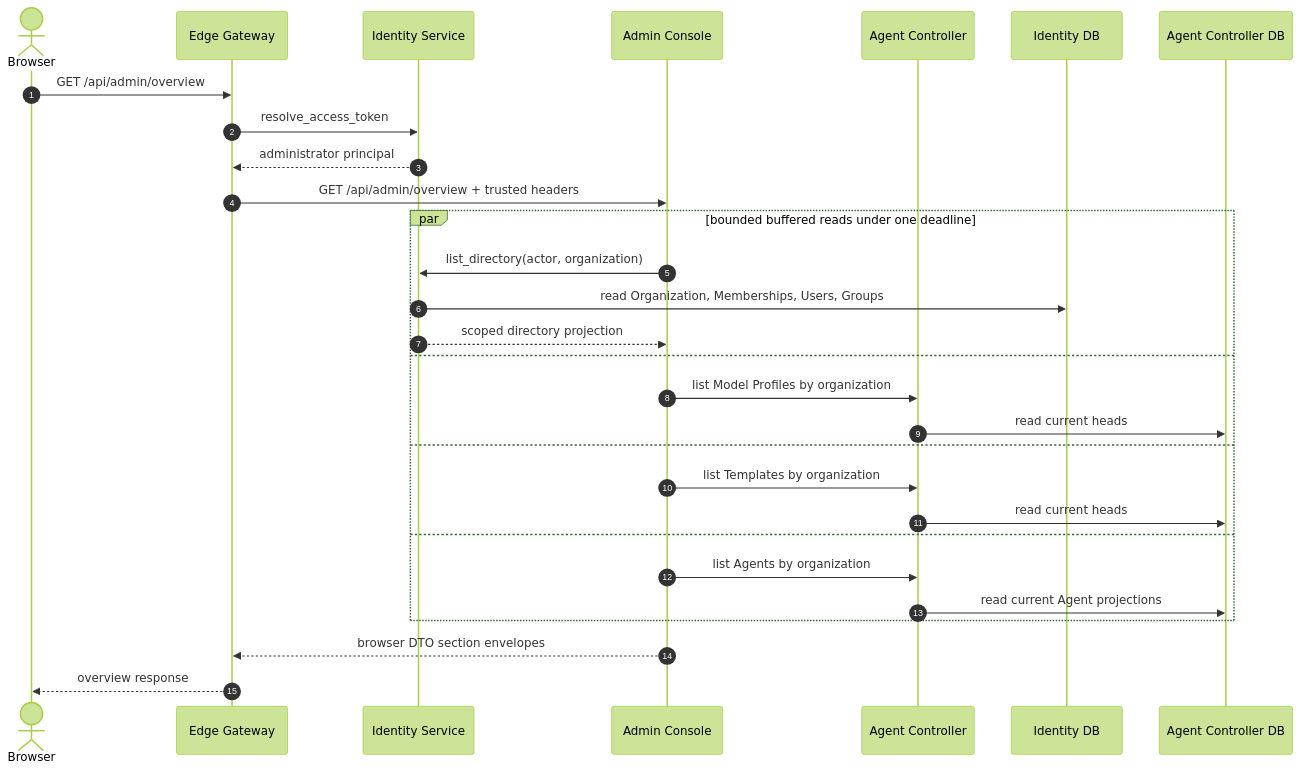
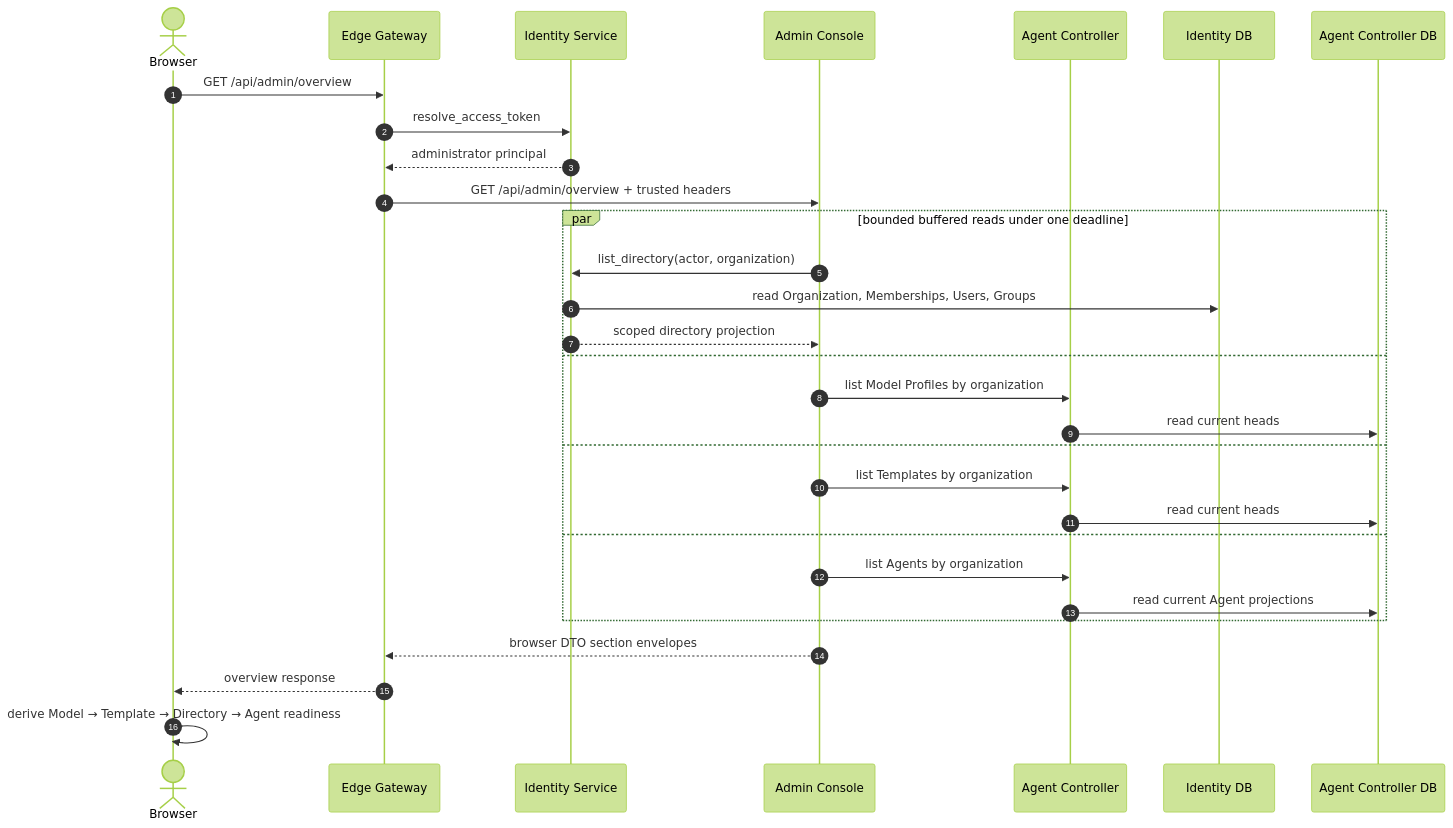
The third of 19 diagrams in docs/business-sequences.md (tf4fun/antnest-platform), drawn with Mermaid (forest theme) before and after one commit. The commit also changed other lines of this file and 170 other files, not shown here.

````diff
--- a/docs/business-sequences.md
+++ b/docs/business-sequences.md
@@ -228,32 +243,33 @@
 ```mermaid
 sequenceDiagram
     autonumber
     actor Browser
     participant Edge as Edge Gateway
     participant Identity as Identity Service
     participant Admin as Admin Console
     participant AC as Agent Controller
     participant IDDB as Identity DB
     participant ACDB as Agent Controller DB
 
     Browser->>Edge: GET /api/admin/overview
     Edge->>Identity: resolve_access_token
     Identity-->>Edge: administrator principal
     Edge->>Admin: GET /api/admin/overview + trusted headers
     par bounded buffered reads under one deadline
         Admin->>Identity: list_directory(actor, organization)
         Identity->>IDDB: read Organization, Memberships, Users, Groups
         Identity-->>Admin: scoped directory projection
     and
         Admin->>AC: list Model Profiles by organization
         AC->>ACDB: read current heads
     and
         Admin->>AC: list Templates by organization
         AC->>ACDB: read current heads
     and
         Admin->>AC: list Agents by organization
         AC->>ACDB: read current Agent projections
     end
     Admin-->>Edge: browser DTO section envelopes
     Edge-->>Browser: overview response
+    Browser->>Browser: derive Model → Template → Directory → Agent readiness
 ```
````
